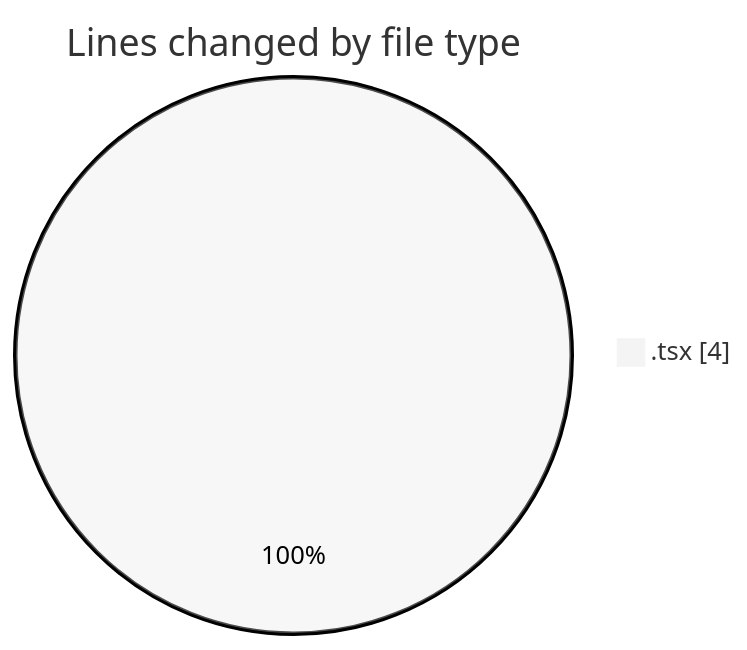
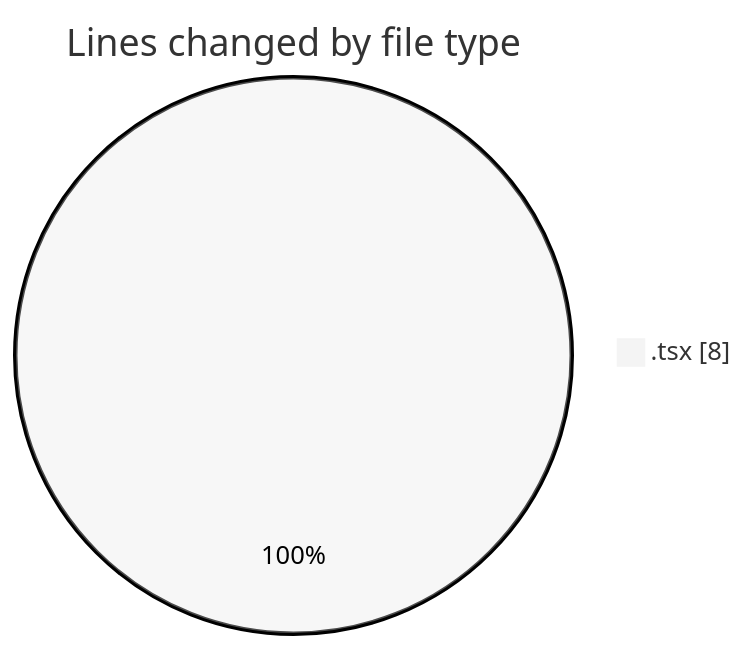
One commit to robertbonfada/code-tracking changed the first of 2 diagrams in 2025-01-15/mbc-web/README.md. Above: the diagram before and after it, drawn with Mermaid (neutral theme). The commit also changed other lines of this file and 1 other file, not shown here.

````diff
--- a/2025-01-15/mbc-web/README.md
+++ b/2025-01-15/mbc-web/README.md
@@ -21,5 +21,5 @@
 ```mermaid
 pie showData
 title Lines changed by file type
-".tsx" : 4
+".tsx" : 8
 ```
````
